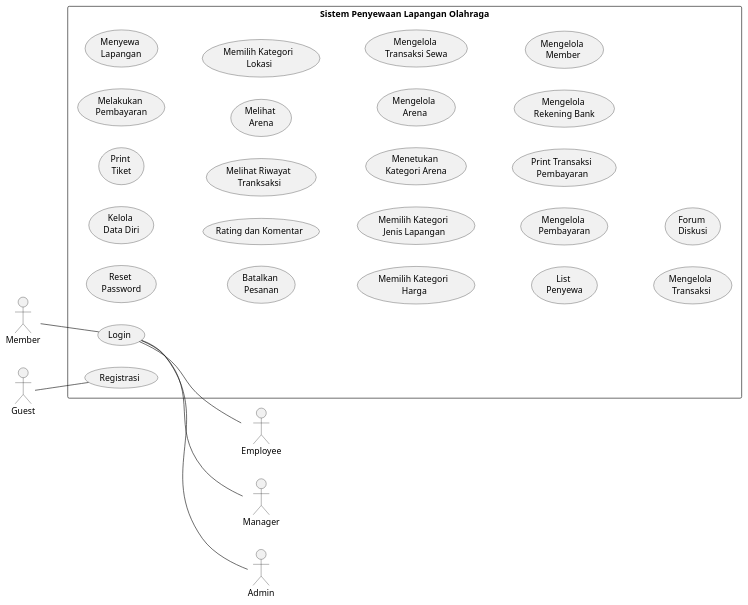
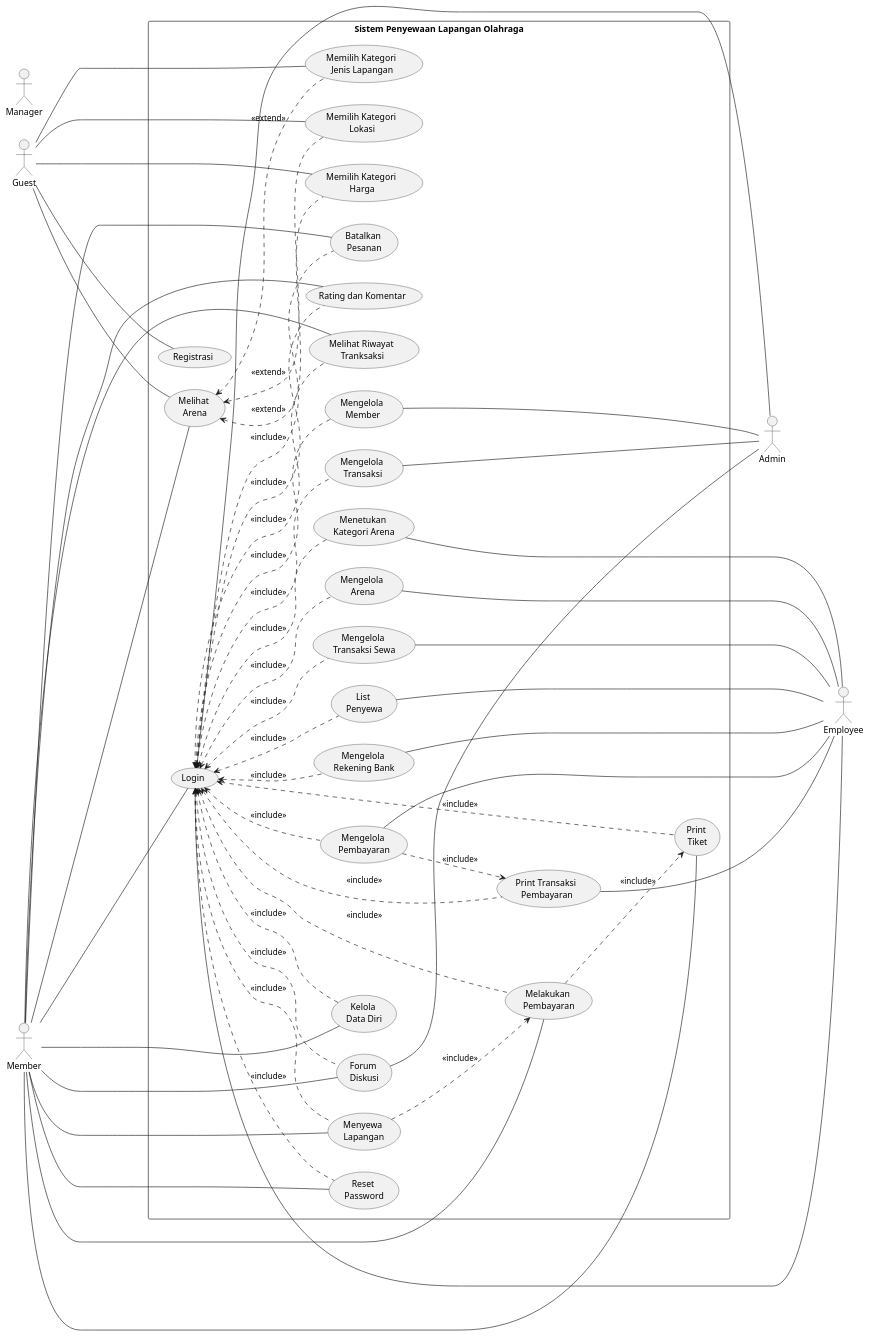
Before and after one commit to myasirnovals/Appl: the diagram in JurnalAPPL/UCLapanganOlahraga.puml, drawn with PlantUML. The commit also changed 11 other files, not shown here.

Commit message:
menambahkan Sequence diagram

```diff
--- a/JurnalAPPL/UCLapanganOlahraga.puml
+++ b/JurnalAPPL/UCLapanganOlahraga.puml
@@ -1,46 +1,103 @@
 @startuml
 'https://plantuml.com/use-case-diagram
 
 left to right direction
 
 actor "Member"
 actor "Guest"
 actor "Employee"
 actor "Manager"
 actor "Admin"
 
 rectangle "Sistem Penyewaan Lapangan Olahraga" {
   usecase "Reset \nPassword" as uc1
   usecase "Registrasi" as uc2
   usecase "Kelola \nData Diri" as uc3
   usecase "Print \nTiket" as uc4
   usecase "Melakukan \nPembayaran" as uc5
   usecase "Menyewa \nLapangan" as uc6
   usecase "Batalkan \nPesanan" as uc7
   usecase "Rating dan Komentar" as uc8
   usecase "Melihat Riwayat \nTranksaksi" as uc9
   usecase "Melihat \nArena" as uc10
   usecase "Memilih Kategori \nLokasi" as uc11
   usecase "Memilih Kategori \nHarga" as uc12
   usecase "Memilih Kategori \nJenis Lapangan" as uc13
   usecase "Login" as uc14
   usecase "Menetukan \nKategori Arena" as uc15
   usecase "Mengelola \nArena" as uc16
   usecase "Mengelola \nTransaksi Sewa" as uc17
   usecase "List \nPenyewa" as uc18
   usecase "Mengelola \nPembayaran" as uc19
   usecase "Print Transaksi \nPembayaran" as uc20
   usecase "Mengelola \nRekening Bank" as uc21
   usecase "Mengelola \nMember" as uc22
   usecase "Mengelola \nTransaksi" as uc23
   usecase "Forum \nDiskusi" as uc24
 }
 
-Member -- uc14
-uc14 -- Employee
-uc14 -- Manager
-uc14 -- Admin
+' Guest associations
+Guest ---- uc2
+Guest ---- uc10
+Guest ---- uc11
+Guest ---- uc12
+Guest ---- uc13
 
-Guest -- uc2
+' Member/Penyewa associations
+Member ---- uc1
+Member ---- uc3
+Member ---- uc4
+Member ---- uc5
+Member ---- uc6
+Member ---- uc7
+Member ---- uc8
+Member ---- uc9
+Member ---- uc10
+Member ---- uc14
+Member ---- uc24
+
+' Employee/Pengelola associations
+uc14 ---- Employee
+uc15 ---- Employee
+uc16 ---- Employee
+uc17 ---- Employee
+uc18 ---- Employee
+uc19 ---- Employee
+uc20 ---- Employee
+uc21 ---- Employee
+
+' Admin associations
+uc14 ---- Admin
+uc22 ---- Admin
+uc23 ---- Admin
+uc24 ---- Admin
+
+' Use case relationships
+uc14 <.. uc1 : <<include>>
+uc14 <.. uc3 : <<include>>
+uc14 <.. uc4 : <<include>>
+uc14 <.. uc5 : <<include>>
+uc14 <.. uc6 : <<include>>
+uc14 <.. uc7 : <<include>>
+uc14 <.. uc8 : <<include>>
+uc14 <.. uc9 : <<include>>
+uc14 <.. uc15 : <<include>>
+uc14 <.. uc16 : <<include>>
+uc14 <.. uc17 : <<include>>
+uc14 <.. uc18 : <<include>>
+uc14 <.. uc19 : <<include>>
+uc14 <.. uc20 : <<include>>
+uc14 <.. uc21 : <<include>>
+uc14 <.. uc22 : <<include>>
+uc14 <.. uc23 : <<include>>
+uc14 <.. uc24 : <<include>>
+
+uc10 <.. uc11 : <<extend>>
+uc10 <.. uc12 : <<extend>>
+uc10 <.. uc13 : <<extend>>
+
+uc6 ..> uc5 : <<include>>
+uc5 ..> uc4 : <<include>>
+uc19 ..> uc20 : <<include>>
 
 @enduml
```
